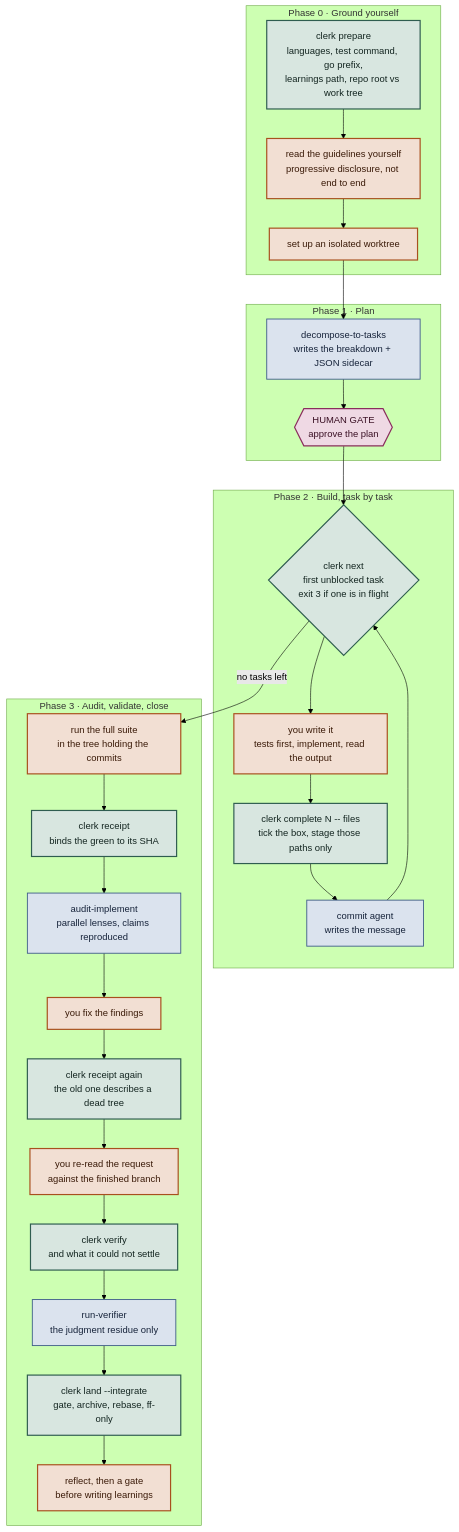
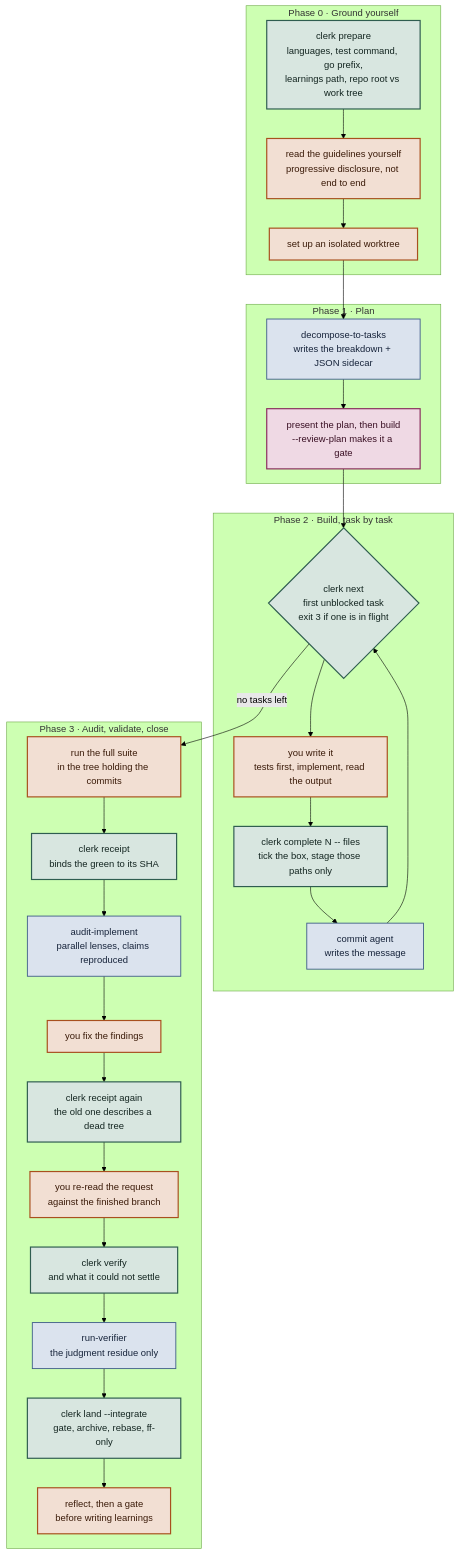
The first of 3 diagrams in link/common/dot-config/.config/ai/method/README.md (hpcsc/dotfiles), drawn with Mermaid (forest theme) before and after one commit. The commit also changed 8 other files, not shown here.

First line of the commit message:
Build the plan instead of gating on it

````diff
--- a/link/common/dot-config/.config/ai/method/README.md
+++ b/link/common/dot-config/.config/ai/method/README.md
@@ -62,40 +62,40 @@
 ```mermaid
 flowchart TD
   subgraph P0["Phase 0 · Ground yourself"]
     A["clerk prepare<br/>languages, test command, go prefix,<br/>learnings path, repo root vs work tree"]
     A --> B["read the guidelines yourself<br/>progressive disclosure, not end to end"]
     B --> C["set up an isolated worktree"]
   end
   subgraph P1["Phase 1 · Plan"]
     C --> D["decompose-to-tasks<br/>writes the breakdown + JSON sidecar"]
-    D --> G1{{"HUMAN GATE<br/>approve the plan"}}
+    D --> G1["present the plan, then build<br/>--review-plan makes it a gate"]
   end
   subgraph P2["Phase 2 · Build, task by task"]
     G1 --> E{"clerk next<br/>first unblocked task<br/>exit 3 if one is in flight"}
     E --> F["you write it<br/>tests first, implement, read the output"]
     F --> H["clerk complete N -- files<br/>tick the box, stage those paths only"]
     H --> I["commit agent<br/>writes the message"]
     I --> E
   end
   subgraph P3["Phase 3 · Audit, validate, close"]
     E -->|"no tasks left"| J["run the full suite<br/>in the tree holding the commits"]
     J --> K["clerk receipt<br/>binds the green to its SHA"]
     K --> L["audit-implement<br/>parallel lenses, claims reproduced"]
     L --> M["you fix the findings"]
     M --> N["clerk receipt again<br/>the old one describes a dead tree"]
     N --> O["you re-read the request<br/>against the finished branch"]
     O --> P["clerk verify<br/>and what it could not settle"]
     P --> Q["run-verifier<br/>the judgment residue only"]
     Q --> R["clerk land --integrate<br/>gate, archive, rebase, ff-only"]
     R --> S["reflect, then a gate<br/>before writing learnings"]
   end
   classDef clerk fill:#D8E6E0,stroke:#2F5D50,stroke-width:2px,color:#132520
   classDef you fill:#F2DFD3,stroke:#A8501E,stroke-width:2px,color:#3A1A08
   classDef agent fill:#DBE3EE,stroke:#3E5C88,stroke-width:1.5px,color:#16233A
   classDef gate fill:#EFD9E4,stroke:#8A2E5D,stroke-width:2px,color:#3A1024
   class A,E,H,K,N,P,R clerk
   class B,C,F,M,O,S you
   class D,I,L,Q agent
   class G1 gate
   class J you
 ```
````
